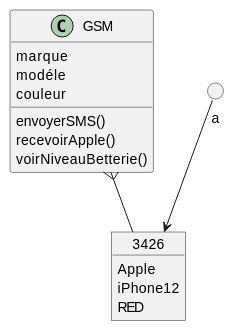
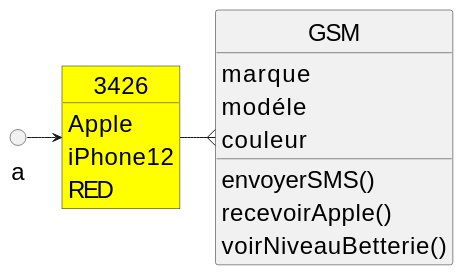
Before and after one commit to qlurkin/qlurkin.github.io: the first of 6 diagrams in docs/courses/poo/slides/deck1/index.md, drawn with PlantUML. The commit also changed other lines of this file and 4 other files, not shown here.

Commit message:
Fix diagrams

````diff
--- a/docs/courses/poo/slides/deck1/index.md
+++ b/docs/courses/poo/slides/deck1/index.md
@@ -53,25 +53,32 @@
 ```plantuml {.build}
 @startuml
+hide circle
+skinparam classAttributeIconSize 0
+skinparam object {
+BackgroundColor Yellow
+}
+skinparam defaultFontSize 24
+
 class GSM {
  marque
  modéle
  couleur
  envoyerSMS()
  recevoirApple()
  voirNiveauBetterie()
 }
 
 object 3426 {
   Apple
   iPhone12
   RED
 }
 
 circle a
 
-GSM }-- 3426
+GSM }-left- 3426
 
-a --> 3426
+a -right-> 3426
 
 @enduml
 ```
````
